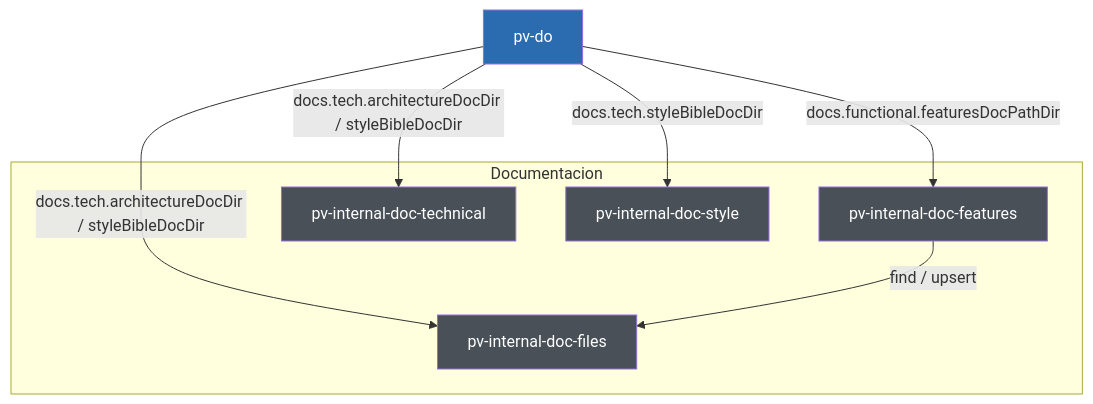
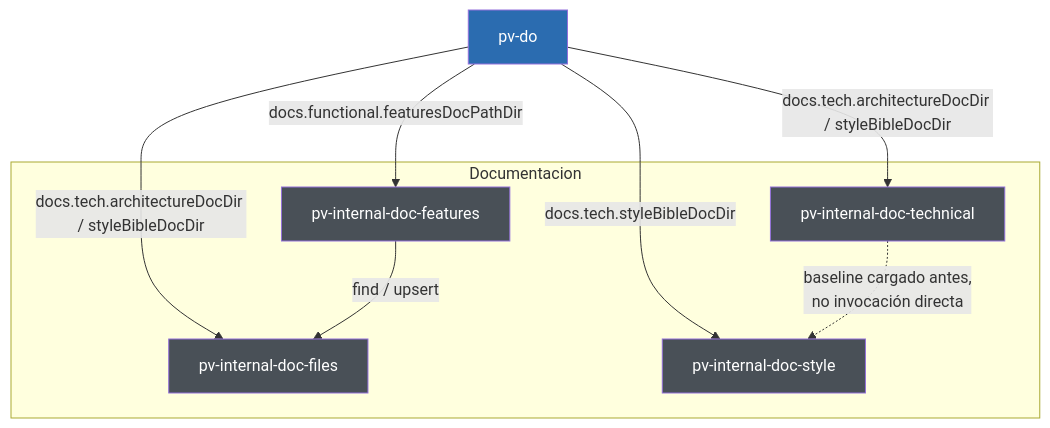
Before and after one commit to yeyopepe/previo-sdd: the third of 3 diagrams in .claude/pv-doc/pv-design/pv-design.es.md, drawn with Mermaid. The commit also changed other lines of this file and 3 other files, not shown here.

Commit message:
Added: pv-internal-doc-technical decides the "what" for architectureDocDir

````diff
--- a/.claude/pv-doc/pv-design/pv-design.es.md
+++ b/.claude/pv-doc/pv-design/pv-design.es.md
@@ -237,23 +237,24 @@
 ```mermaid
 graph TD
     pv_do["pv-do"]
 
     subgraph Documentacion
         pv_doc_files["pv-internal-doc-files"]
         pv_doc_features["pv-internal-doc-features"]
         pv_doc_technical["pv-internal-doc-technical"]
         pv_doc_style["pv-internal-doc-style"]
     end
 
     pv_do -->|"docs.functional.featuresDocPathDir"| pv_doc_features
     pv_do -->|"docs.tech.architectureDocDir / styleBibleDocDir"| pv_doc_technical
     pv_do -->|"docs.tech.styleBibleDocDir"| pv_doc_style
     pv_do -->|"docs.tech.architectureDocDir / styleBibleDocDir"| pv_doc_files
 
     pv_doc_features -->|"find / upsert"| pv_doc_files
+    pv_doc_technical -.->|"baseline cargado antes,<br/>no invocación directa"| pv_doc_style
 
     classDef entry fill:#2b6cb0,color:#fff
     classDef internal fill:#495057,color:#fff
     class pv_do entry
     class pv_doc_files,pv_doc_features,pv_doc_technical,pv_doc_style internal
 ```
````
